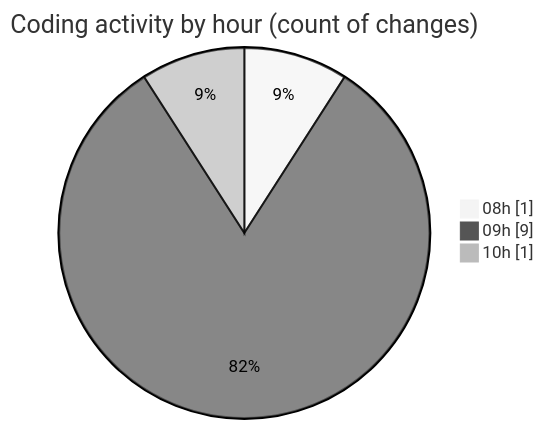
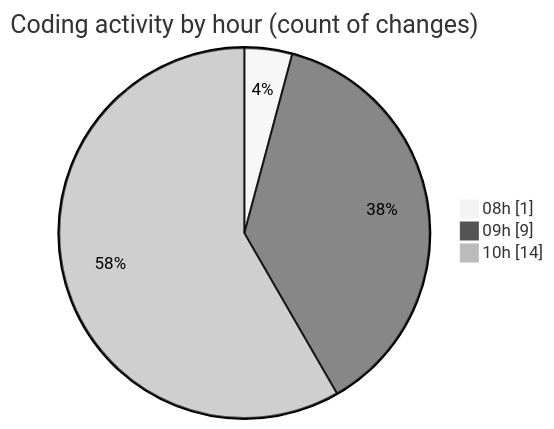
The second of 2 diagrams in 2025-04-04/jsvms/README.md (BS-eng2023/code-tracking), drawn with Mermaid (neutral theme) before and after one commit. The commit also changed other lines of this file and 1 other file, not shown here.

````diff
--- a/2025-04-04/jsvms/README.md
+++ b/2025-04-04/jsvms/README.md
@@ -35,7 +36,7 @@
 ```mermaid
 pie showData
 title Coding activity by hour (count of changes)
 "08h" : 1
 "09h" : 9
-"10h" : 1
+"10h" : 14
 ```
````
